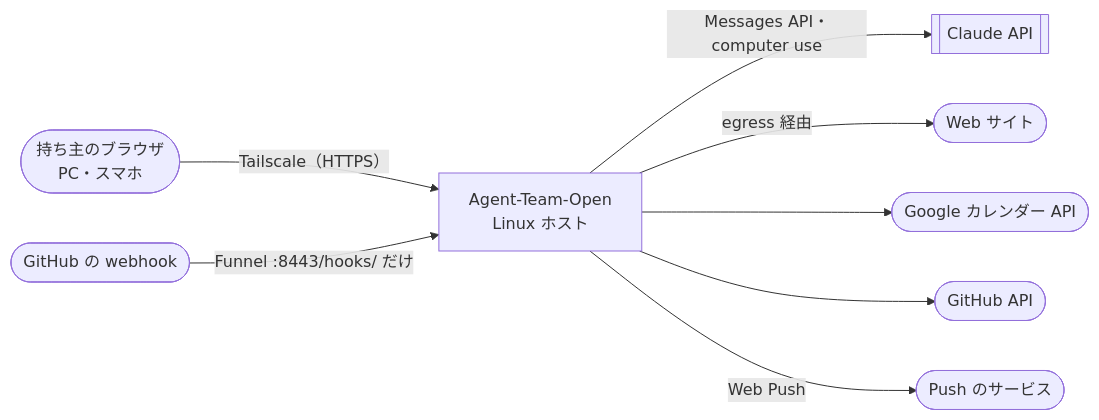
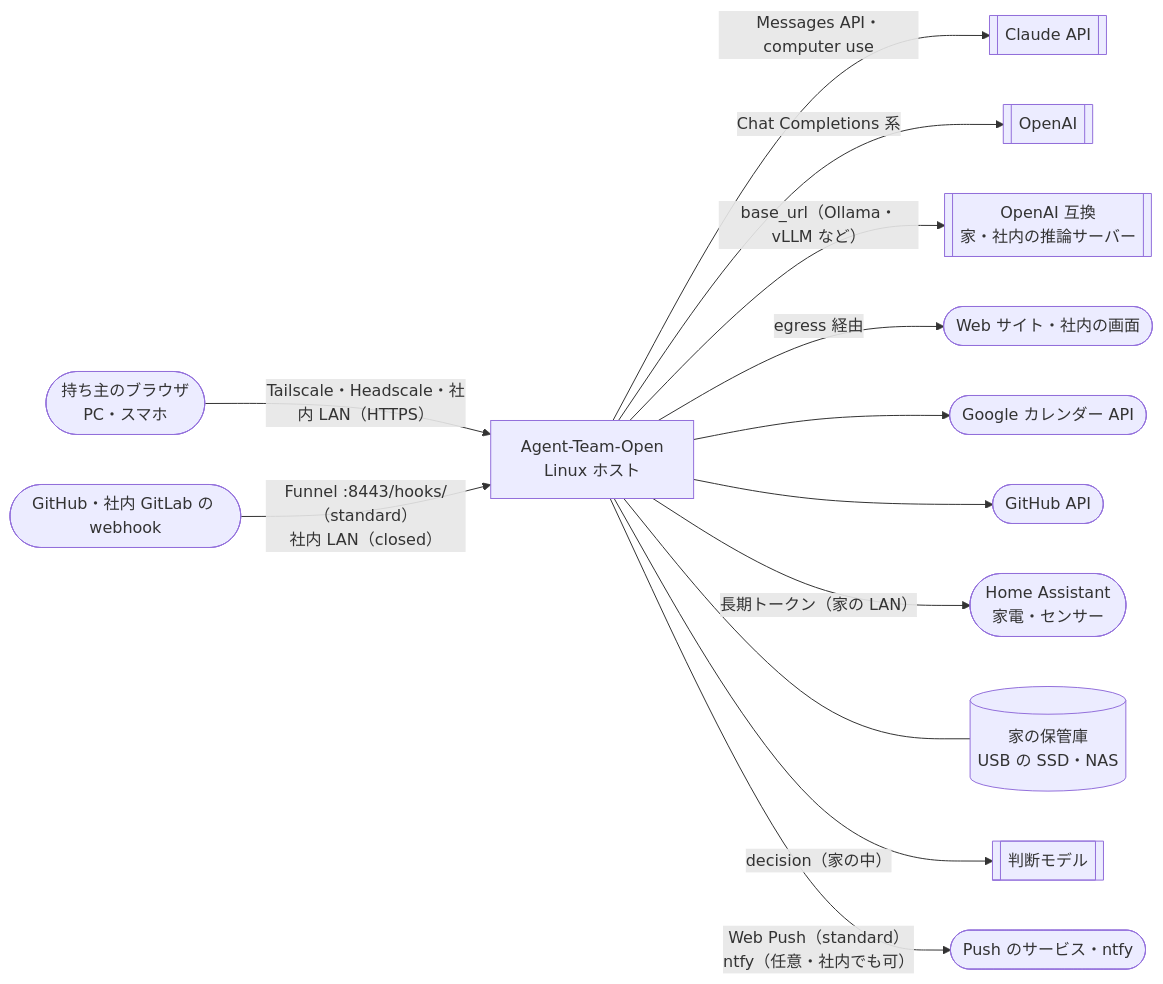
Before and after one commit to itiwoja/agent-team: the first of 3 diagrams in docs/design/07_architecture.md, drawn with Mermaid. The commit also changed other lines of this file and 39 other files, not shown here.

````diff
--- a/docs/design/07_architecture.md
+++ b/docs/design/07_architecture.md
@@ -18,10 +18,15 @@
 ```mermaid
 flowchart LR
- O(["持ち主のブラウザ<br/>PC・スマホ"]) -->|"Tailscale（HTTPS）"| M["Agent-Team-Open<br/>Linux ホスト"]
- GHW(["GitHub の webhook"]) -->|"Funnel :8443/hooks/ だけ"| M
+ O(["持ち主のブラウザ<br/>PC・スマホ"]) -->|"Tailscale・Headscale・社内 LAN（HTTPS）"| M["Agent-Team-Open<br/>Linux ホスト"]
+ GHW(["GitHub・社内 GitLab の webhook"]) -->|"Funnel :8443/hooks/（standard）<br/>社内 LAN（closed）"| M
  M -->|"Messages API・computer use"| C[["Claude API"]]
- M -->|"egress 経由"| WEB(["Web サイト"])
+ M -->|"Chat Completions 系"| OAI[["OpenAI"]]
+ M -->|"base_url（Ollama・vLLM など）"| LOC[["OpenAI 互換<br/>家・社内の推論サーバー"]]
+ M -->|"egress 経由"| WEB(["Web サイト・社内の画面"])
  M --> G(["Google カレンダー API"])
  M --> GH(["GitHub API"])
- M -->|"Web Push"| PS(["Push のサービス"])
+ M -->|"長期トークン（家の LAN）"| HA(["Home Assistant<br/>家電・センサー"])
+ M --- VAULT[("家の保管庫<br/>USB の SSD・NAS")]
+ M -->|"decision（家の中）"| DEC[["判断モデル"]]
+ M -->|"Web Push（standard）<br/>ntfy（任意・社内でも可）"| PS(["Push のサービス・ntfy"])
 ```
````
